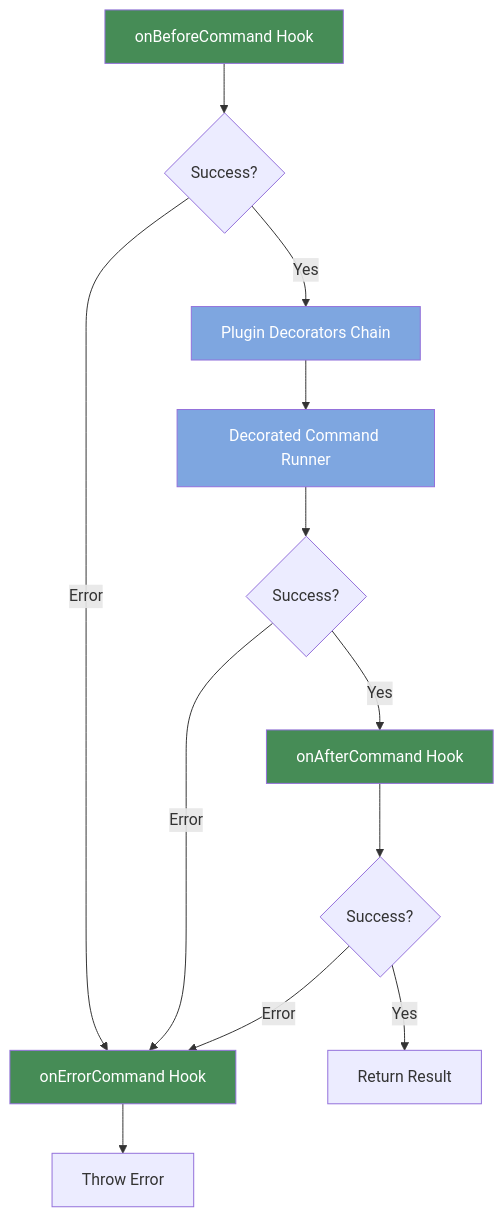
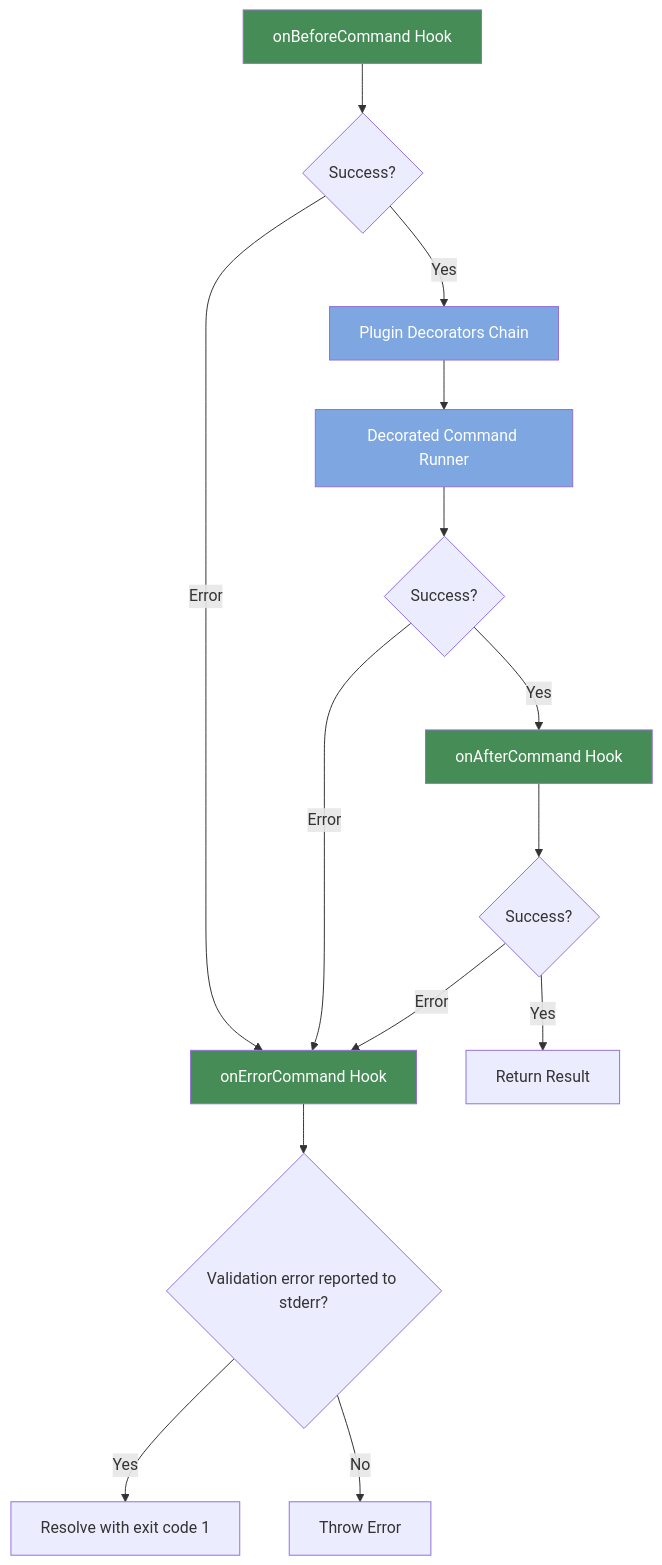
One commit to kazupon/gunshi changed the second of 2 diagrams in packages/docs/src/guide/advanced/command-hooks.md. Above: the diagram before and after it, drawn with Mermaid. The commit also changed other lines of this file and 17 other files, not shown here.

First line of the commit message:
breaking(plugin-global): report validation errors to stderr without rejecting (#844)

````diff
--- a/packages/docs/src/guide/advanced/command-hooks.md
+++ b/packages/docs/src/guide/advanced/command-hooks.md
@@ -186,24 +206,26 @@
 ```mermaid
 graph TD
     A[onBeforeCommand Hook] --> B{Success?}
     B -->|Yes| C[Plugin Decorators Chain]
     B -->|Error| G[onErrorCommand Hook]
 
     C --> D[Decorated Command Runner]
     D --> E{Success?}
 
     E -->|Yes| F[onAfterCommand Hook]
     E -->|Error| G
 
     F --> H{Success?}
     H -->|Yes| I[Return Result]
     H -->|Error| G
 
-    G --> J[Throw Error]
+    G --> K{Validation error reported to stderr?}
+    K -->|Yes| L[Resolve with exit code 1]
+    K -->|No| J[Throw Error]
 
     style A fill:#468c56,color:white
     style F fill:#468c56,color:white
     style G fill:#468c56,color:white
     style C fill:#7EA6E0,color:white
     style D fill:#7EA6E0,color:white
 ```
````
